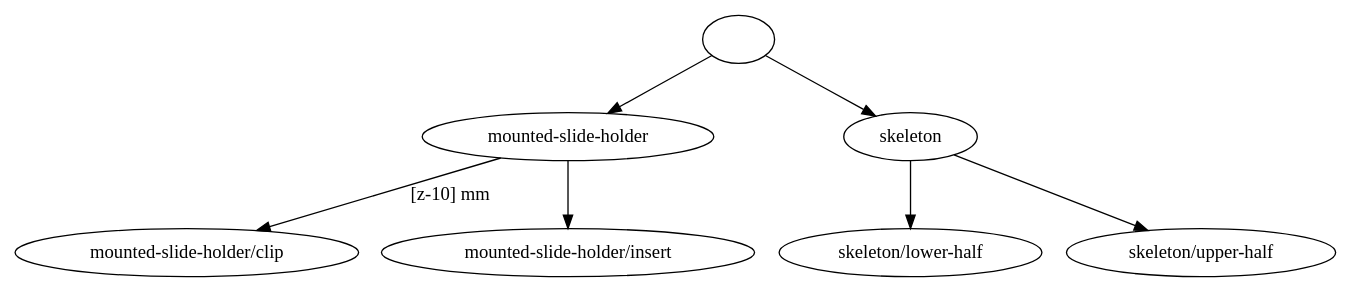
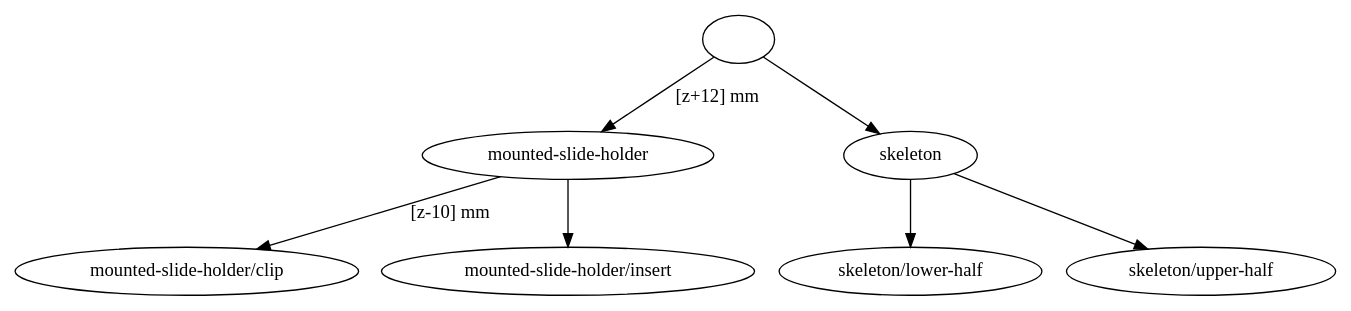
Before and after one commit to openUC2/optikit: the diagram in examples/designs/cube-mounted/slide-holder.dsn/_positions-graph:z.dot, drawn with Graphviz. The commit also changed 290 other files, not shown here.

```diff
--- a/examples/designs/cube-mounted/slide-holder.dsn/_positions-graph:z.dot
+++ b/examples/designs/cube-mounted/slide-holder.dsn/_positions-graph:z.dot
@@ -1,45 +1,46 @@
 strict digraph "" {
-	graph [bb="0,0,857.45,197.8"];
+	graph [bb="0,0,857.45,213.6"];
 	node [label="\N"];
 	edge [label="\E"];
 	""	[height=0.5,
-		pos="469.34,179.8",
+		pos="470.34,195.6",
 		width=0.75];
 	"mounted-slide-holder"	[height=0.5,
 		pos="359.34,106.8",
 		width=2.6159];
 	"" -> "mounted-slide-holder"	[key=" -> mounted-slide-holder",
-		label="",
-		pos="e,385.11,124.44 450.68,166.76 435.4,156.9 413.36,142.67 394.75,130.66"];
+		label="[z+12] mm",
+		lp="456.13,151.2",
+		pos="e,380.94,124.69 453.48,181.42 436.65,168.26 410.41,147.74 389.9,131.7"];
 	skeleton	[height=0.5,
 		pos="581.34,106.8",
 		width=1.2005];
 	"" -> skeleton	[key=" -> skeleton",
 		label="",
-		pos="e,558.47,122.29 488.59,166.59 505.1,156.13 529.24,140.82 548.75,128.45"];
+		pos="e,561.69,123.16 487.19,181.42 504.55,167.85 531.91,146.45 552.68,130.21"];
 	"mounted-slide-holder/clip"	[height=0.5,
 		pos="111.34,18",
 		width=3.0927];
 	"mounted-slide-holder" -> "mounted-slide-holder/clip"	[key="mounted-slide-holder -> mounted-slide-holder/clip",
 		label="[z-10] mm",
 		lp="287.29,62.4",
 		pos="e,156.76,34.899 315.57,90.482 274.33,76.049 212.35,54.355 167.49,38.653"];
 	"mounted-slide-holder/insert"	[height=0.5,
 		pos="359.34,18",
 		width=3.2864];
 	"mounted-slide-holder" -> "mounted-slide-holder/insert"	[key="mounted-slide-holder -> mounted-slide-holder/insert",
 		label="",
 		pos="e,359.34,36.41 359.34,88.651 359.34,76.958 359.34,61.192 359.34,47.618"];
 	"skeleton/lower-half"	[height=0.5,
 		pos="581.34,18",
 		width=2.3922];
 	skeleton -> "skeleton/lower-half"	[key="skeleton -> skeleton/lower-half",
 		label="",
 		pos="e,581.34,36.41 581.34,88.651 581.34,76.958 581.34,61.192 581.34,47.618"];
 	"skeleton/upper-half"	[height=0.5,
 		pos="771.34,18",
 		width=2.3922];
 	skeleton -> "skeleton/upper-half"	[key="skeleton -> skeleton/upper-half",
 		label="",
 		pos="e,736.56,34.887 609.78,92.805 640.59,78.73 690.17,56.079 726.29,39.579"];
 }
```
